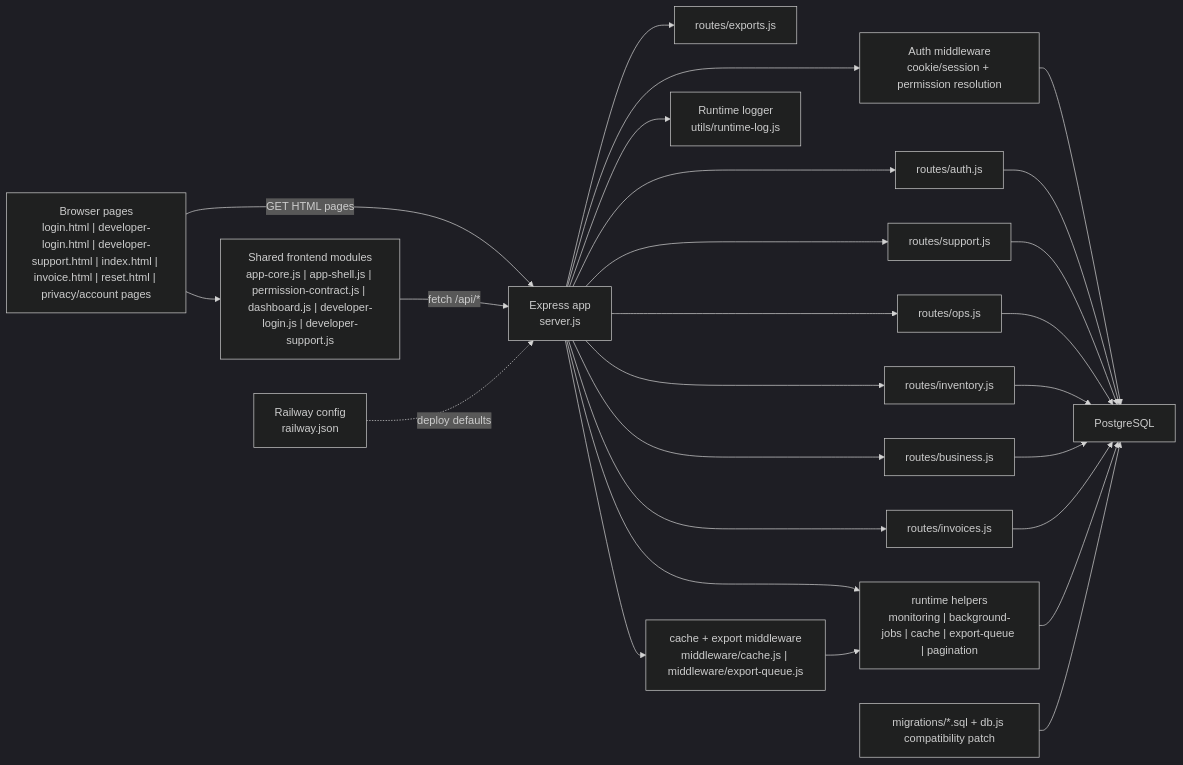
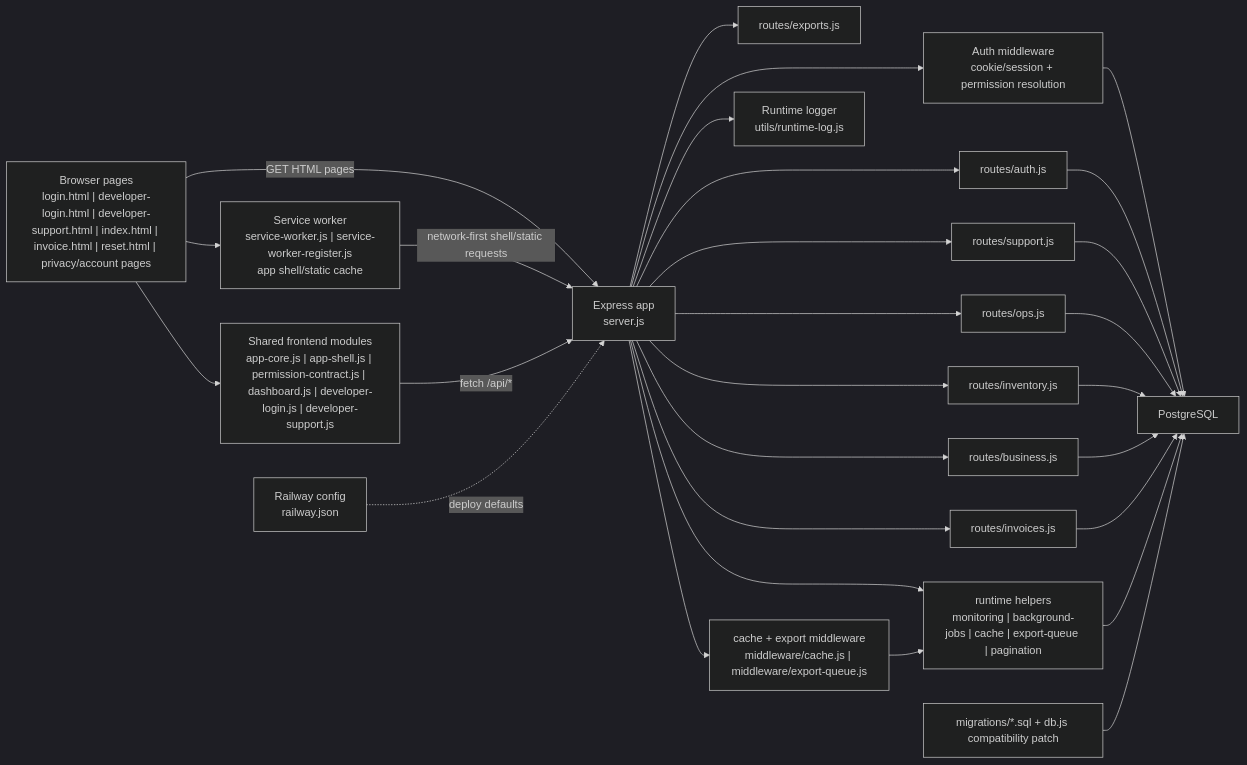
Before and after one commit to dasdipayan03/India-Inventory-Management: the first of 4 diagrams in docs/COMPLETE_PROJECT_DOCUMENTATION.md, drawn with Mermaid (dark theme). The commit also changed other lines of this file, not shown here.

````diff
--- a/docs/COMPLETE_PROJECT_DOCUMENTATION.md
+++ b/docs/COMPLETE_PROJECT_DOCUMENTATION.md
@@ -326,46 +340,49 @@
 ```mermaid
 flowchart LR
   Browser["Browser pages<br/>login.html | developer-login.html | developer-support.html | index.html | invoice.html | reset.html | privacy/account pages"]
   SharedJS["Shared frontend modules<br/>app-core.js | app-shell.js | permission-contract.js | dashboard.js | developer-login.js | developer-support.js"]
+  ServiceWorker["Service worker<br/>service-worker.js | service-worker-register.js<br/>app shell/static cache"]
   Server["Express app<br/>server.js"]
   AuthMW["Auth middleware<br/>cookie/session + permission resolution"]
   AuthRoutes["routes/auth.js"]
   SupportRoutes["routes/support.js"]
   ExportRoutes["routes/exports.js"]
   OpsRoutes["routes/ops.js"]
   InventoryRoutes["routes/inventory.js"]
   BusinessRoutes["routes/business.js"]
   InvoiceRoutes["routes/invoices.js"]
   CacheMW["cache + export middleware<br/>middleware/cache.js | middleware/export-queue.js"]
   OpsRuntime["runtime helpers<br/>monitoring | background-jobs | cache | export-queue | pagination"]
   RuntimeLog["Runtime logger<br/>utils/runtime-log.js"]
   DeployCfg["Railway config<br/>railway.json"]
   DB["PostgreSQL"]
   Schema["migrations/*.sql + db.js compatibility patch"]
 
   Browser --> SharedJS
   Browser -->|"GET HTML pages"| Server
+  Browser --> ServiceWorker
+  ServiceWorker -->|"network-first shell/static requests"| Server
   SharedJS -->|"fetch /api/*"| Server
   DeployCfg -. deploy defaults .-> Server
   Server --> AuthMW
   Server --> CacheMW
   Server --> AuthRoutes
   Server --> SupportRoutes
   Server --> ExportRoutes
   Server --> OpsRoutes
   Server --> InventoryRoutes
   Server --> BusinessRoutes
   Server --> InvoiceRoutes
   Server --> OpsRuntime
   Server --> RuntimeLog
   AuthMW --> DB
   AuthRoutes --> DB
   SupportRoutes --> DB
   OpsRoutes --> DB
   InventoryRoutes --> DB
   BusinessRoutes --> DB
   InvoiceRoutes --> DB
   CacheMW --> OpsRuntime
   OpsRuntime --> DB
   Schema --> DB
 ```
````
